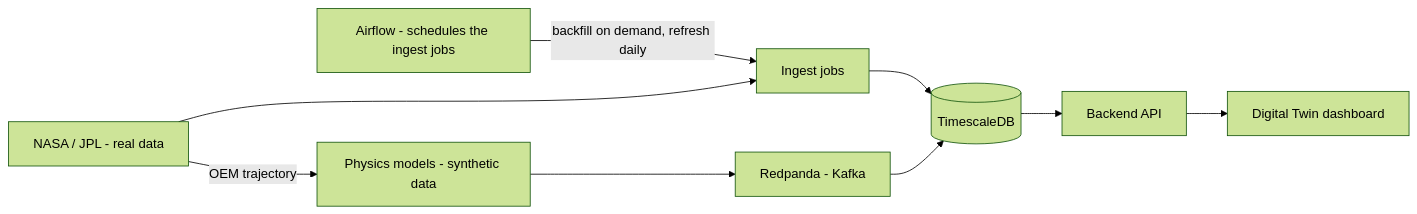
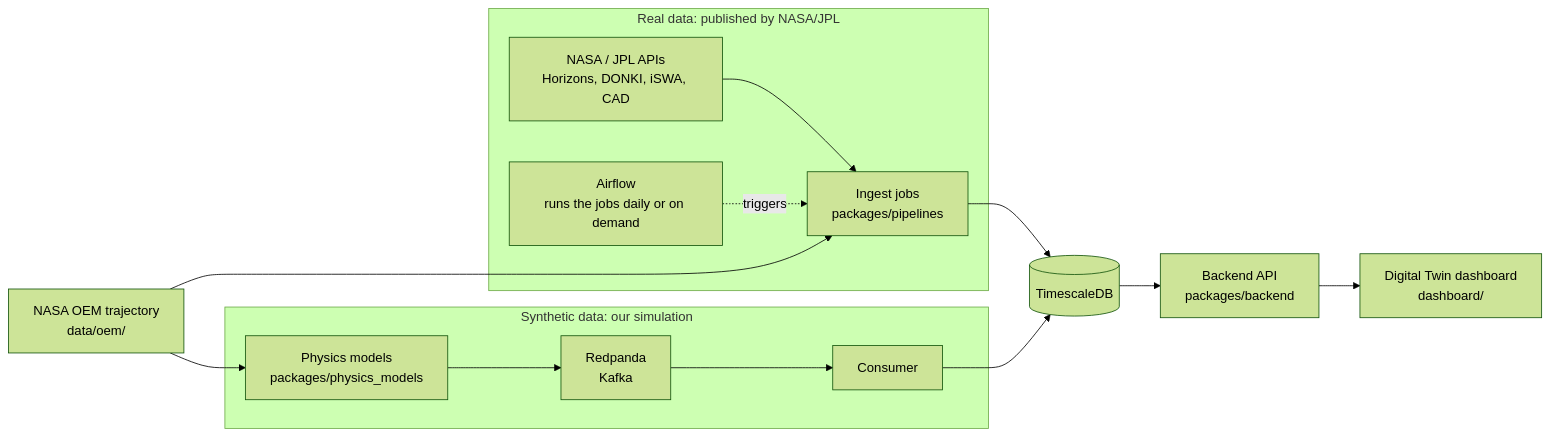
Before and after one commit to datatribe-collective-labs/telemetry: the diagram in README.md, drawn with Mermaid (forest theme). The commit also changed other lines of this file, not shown here.

First line of the commit message:
docs: clearer architecture diagram, trim the README (#42)

````diff
--- a/README.md
+++ b/README.md
@@ -10,20 +10,28 @@
 ```mermaid
 flowchart LR
-    NASA["NASA / JPL - real data"]
-    Airflow["Airflow - schedules the ingest jobs"]
-    Ingest["Ingest jobs"]
-    Physics["Physics models - synthetic data"]
-    Kafka["Redpanda - Kafka"]
+    subgraph REAL["Real data: published by NASA/JPL"]
+        Sources["NASA / JPL APIs<br/>Horizons, DONKI, iSWA, CAD"]
+        Airflow["Airflow<br/>runs the jobs daily or on demand"]
+        Ingest["Ingest jobs<br/>packages/pipelines"]
+        Sources --> Ingest
+        Airflow -. triggers .-> Ingest
+    end
+
+    subgraph SYN["Synthetic data: our simulation"]
+        Physics["Physics models<br/>packages/physics_models"]
+        Kafka["Redpanda<br/>Kafka"]
+        Consumer["Consumer"]
+        Physics --> Kafka --> Consumer
+    end
+
+    OEM["NASA OEM trajectory<br/>data/oem/"]
     DB[("TimescaleDB")]
-    API["Backend API"]
-    Twin["Digital Twin dashboard"]
+    API["Backend API<br/>packages/backend"]
+    Twin["Digital Twin dashboard<br/>dashboard/"]
 
-    Airflow -- backfill on demand, refresh daily --> Ingest
-    NASA --> Ingest
+    OEM --> Ingest
+    OEM --> Physics
     Ingest --> DB
-    NASA -- OEM trajectory --> Physics
-    Physics --> Kafka
-    Kafka --> DB
-    DB --> API
-    API --> Twin
+    Consumer --> DB
+    DB --> API --> Twin
 ```
````
